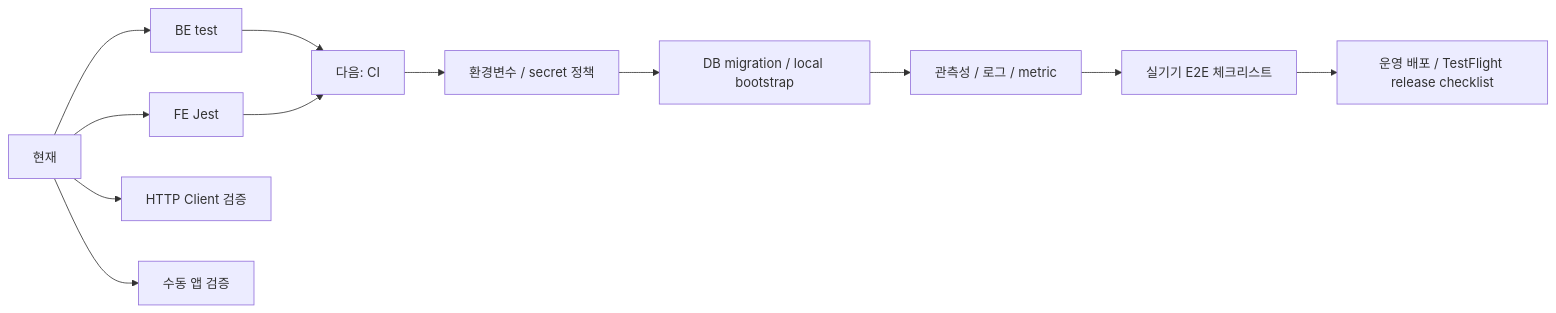
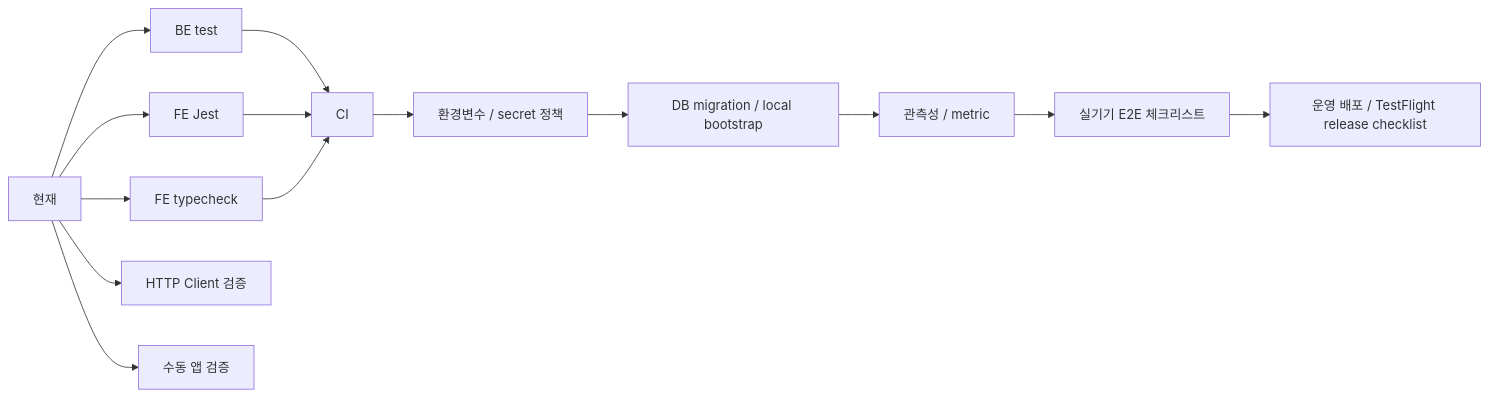
The diagram in docs/quality/quality-ops-developer-tools-roadmap.md (NoLate-Project/NoLate_BE), drawn with Mermaid before and after one commit. The commit also changed other lines of this file and 9 other files, not shown here.

````diff
--- a/docs/quality/quality-ops-developer-tools-roadmap.md
+++ b/docs/quality/quality-ops-developer-tools-roadmap.md
@@ -79,15 +90,17 @@
 ```mermaid
 flowchart LR
   A["현재"] --> B["BE test"]
   A --> C["FE Jest"]
-  A --> D["HTTP Client 검증"]
-  A --> E["수동 앱 검증"]
+  A --> D["FE typecheck"]
+  A --> E["HTTP Client 검증"]
+  A --> F["수동 앱 검증"]
 
-  B --> F["다음: CI"]
-  C --> F
-  F --> G["환경변수 / secret 정책"]
-  G --> H["DB migration / local bootstrap"]
-  H --> I["관측성 / 로그 / metric"]
-  I --> J["실기기 E2E 체크리스트"]
-  J --> K["운영 배포 / TestFlight release checklist"]
+  B --> G["CI"]
+  C --> G
+  D --> G
+  G --> H["환경변수 / secret 정책"]
+  H --> I["DB migration / local bootstrap"]
+  I --> J["관측성 / metric"]
+  J --> K["실기기 E2E 체크리스트"]
+  K --> L["운영 배포 / TestFlight release checklist"]
 ```
````
